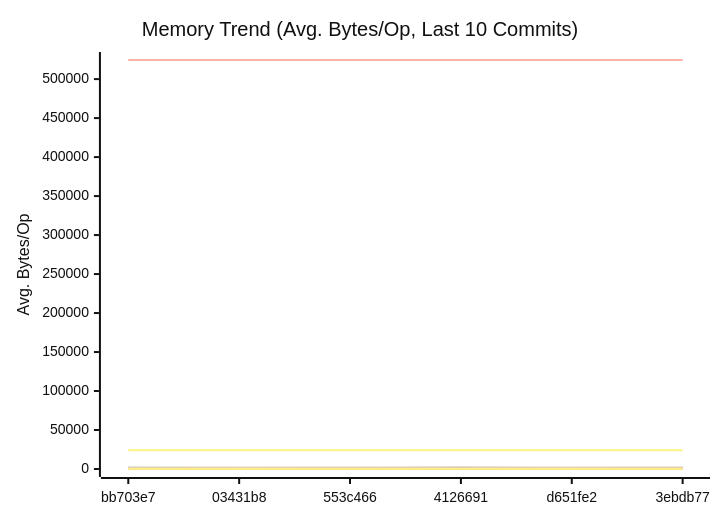
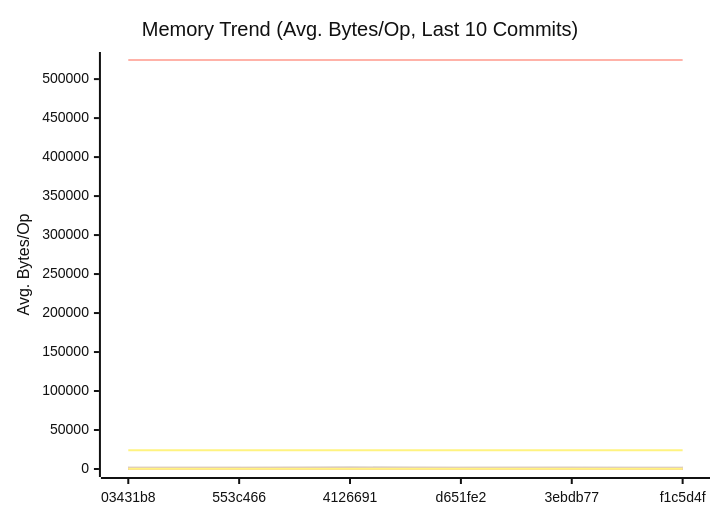
The second of 3 diagrams in docs/PERFORMANCE.md (alsotoes/momo), drawn with Mermaid (neutral theme) before and after one commit. The commit also changed other lines of this file and 2 other files, not shown here.

````diff
--- a/docs/PERFORMANCE.md
+++ b/docs/PERFORMANCE.md
@@ -310,44 +310,44 @@
 ```mermaid
 xychart-beta
     title "Memory Trend (Avg. Bytes/Op, Last 10 Commits)"
     x-axis "Commit"
     y-axis "Avg. Bytes/Op"
-    x-axis [bb703e7,03431b8,553c466,4126691,d651fe2,3ebdb77]
-    line "AWSChunkedReaderSigned" [123,127,107,88,100,107,110,64,68,46]
-    line "AWSChunkedReaderUnsigned" [121,110,100,95,109,105,108,49,63,59]
+    x-axis [03431b8,553c466,4126691,d651fe2,3ebdb77,f1c5d4f]
+    line "AWSChunkedReaderSigned" [127,107,88,100,107,110,64,68,46,98]
+    line "AWSChunkedReaderUnsigned" [110,100,95,109,105,108,49,63,59,75]
     line "CheckMetricsAndSwap" [0,0,0,0,0,0,0,0,0,0]
     line "CrushOptimized" [0,0,0,0,0,0,0,0,0,0]
     line "CrushOriginal" [164,164,164,164,164,164,164,164,164,164]
-    line "FormatListObjectsV2XML_AppendFormat" [524491,524477,524500,524483,524504,524463,524460,524580,524552,524871]
+    line "FormatListObjectsV2XML_AppendFormat" [524477,524500,524483,524504,524463,524460,524580,524552,524871,524558]
     line "FormatListObjectsV2XML_OldFormat" [24000,24000,24000,24000,24000,24000,24000,24000,24000,24000]
-    line "HashBytes/1MiB" [239,189,200,190,206,280,205,138,157,137]
-    line "HashBytes/256MiB" [234,233,223,190,239,186,209,129,172,116]
-    line "HashBytes/64MiB" [213,196,188,246,242,209,232,132,172,107]
-    line "HashFile/1MiB" [175,202,190,214,232,152,244,127,148,121]
-    line "HashFile/256MiB" [184,230,193,152,190,211,261,126,156,118]
-    line "HashFile/64MiB" [203,232,194,193,195,190,258,120,142,102]
+    line "HashBytes/1MiB" [189,200,190,206,280,205,138,157,137,195]
+    line "HashBytes/256MiB" [233,223,190,239,186,209,129,172,116,191]
+    line "HashBytes/64MiB" [196,188,246,242,209,232,132,172,107,132]
+    line "HashFile/1MiB" [202,190,214,232,152,244,127,148,121,187]
+    line "HashFile/256MiB" [230,193,152,190,211,261,126,156,118,177]
+    line "HashFile/64MiB" [232,194,193,195,190,258,120,142,102,169]
     line "IndexDirectTracking" [0,0,0,0,0,0,0,0,0,0]
     line "IndexSearch" [0,0,0,0,0,0,0,0,0,0]
     line "LastModifiedHeader_AppendFormat" [0,0,0,0,0,0,0,0,0,0]
     line "LastModifiedHeader_Format" [32,32,32,32,32,32,32,32,32,32]
     line "LoadGlobalConfig" [1976,1976,1976,1976,1976,1976,1976,1976,1976,1976]
-    line "LocalWrite/1MiB" [1346,1995,1817,1626,1829,1794,1712,592,751,950]
-    line "LocalWrite/256MiB" [1940,2087,2086,1665,2131,2012,2499,1674,1356,986]
-    line "LocalWrite/64MiB" [1863,1888,2026,1495,1896,2009,2371,1365,1282,1194]
+    line "LocalWrite/1MiB" [1995,1817,1626,1829,1794,1712,592,751,950,1339]
+    line "LocalWrite/256MiB" [2087,2086,1665,2131,2012,2499,1674,1356,986,1532]
+    line "LocalWrite/64MiB" [1888,2026,1495,1896,2009,2371,1365,1282,1194,1597]
     line "PadString" [64,64,64,64,64,64,64,64,64,64]
     line "ParseReplicationOrder_NoPrealloc" [408,408,408,408,408,248,248,248,248,248]
     line "ParseReplicationOrder_Prealloc" [240,240,240,240,240,80,80,80,80,80]
     line "Placement" [352,352,352,352,352,352,352,352,352,352]
     line "PlacementDomainSpread" [352,352,352,352,352,352,352,352,352,352]
-    line "ReadVerify/1MiB" [221,222,228,159,210,218,304,186,157,86]
-    line "ReadVerify/256MiB" [215,188,195,228,177,262,214,154,147,118]
-    line "ReadVerify/64MiB" [217,201,195,225,199,226,239,179,155,126]
-    line "S3PutSpool/1MiB" [157,170,157,197,205,252,163,115,110,85]
-    line "S3PutSpool/256MiB" [165,171,152,151,201,247,206,112,111,101]
-    line "S3PutSpool/64MiB" [183,173,176,166,167,219,190,127,103,99]
+    line "ReadVerify/1MiB" [222,228,159,210,218,304,186,157,86,185]
+    line "ReadVerify/256MiB" [188,195,228,177,262,214,154,147,118,177]
+    line "ReadVerify/64MiB" [201,195,225,199,226,239,179,155,126,175]
+    line "S3PutSpool/1MiB" [170,157,197,205,252,163,115,110,85,134]
+    line "S3PutSpool/256MiB" [171,152,151,201,247,206,112,111,101,149]
+    line "S3PutSpool/64MiB" [173,176,166,167,219,190,127,103,99,156]
     line "SanitizeLog/Safe" [0,0,0,0,0,0,0,0,0,0]
     line "SanitizeLog/Unsafe" [704,704,704,704,704,704,704,704,704,704]
-    line "TrustedRead/1MiB" [228,174,171,205,178,279,221,125,140,108]
-    line "TrustedRead/256MiB" [190,237,202,213,230,219,184,123,110,83]
-    line "TrustedRead/64MiB" [226,173,163,199,192,233,169,124,113,70]
+    line "TrustedRead/1MiB" [174,171,205,178,279,221,125,140,108,186]
+    line "TrustedRead/256MiB" [237,202,213,230,219,184,123,110,83,160]
+    line "TrustedRead/64MiB" [173,163,199,192,233,169,124,113,70,144]
 ```
````
